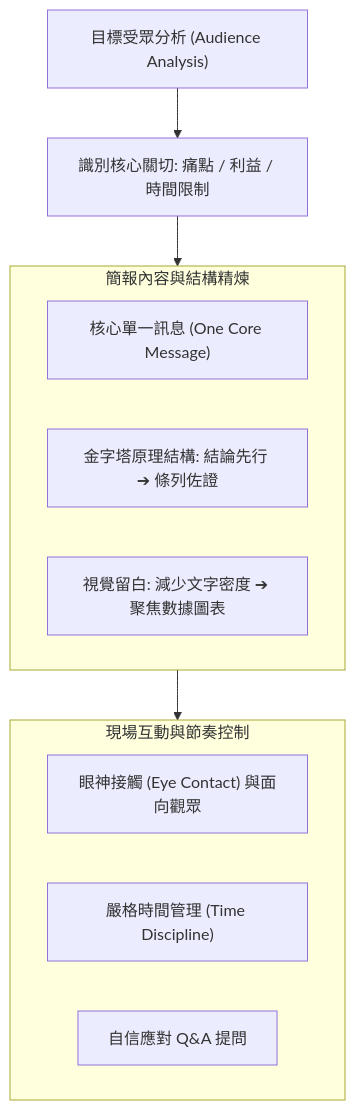
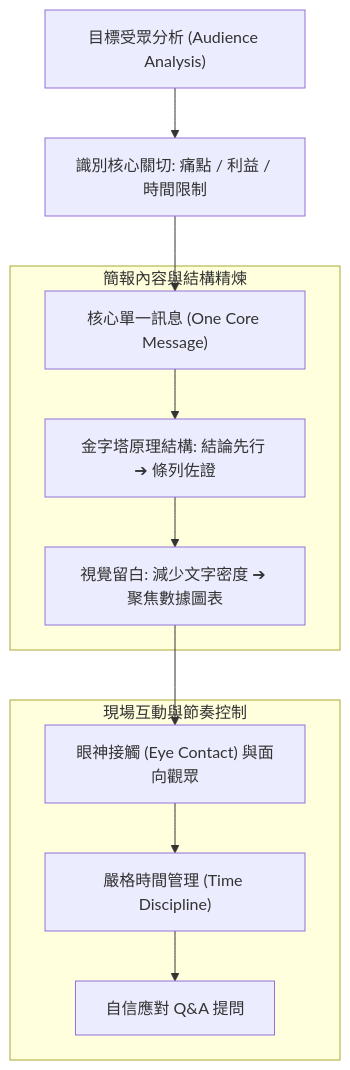
One commit to Youchenjiang/kb-records changed the diagram in 5-Master/2-Second-Year/Fall-Semester/2026-Managerial-Communication/20261001-管理溝通-Week04-受眾分析與簡報結構設計.md. Above: the diagram before and after it, drawn with Mermaid. The commit also changed 15 other files, not shown here.

Commit message:
feat(linter): add mermaid, simplified chinese, and asr guards

````diff
--- a/5-Master/2-Second-Year/Fall-Semester/2026-Managerial-Communication/20261001-管理溝通-Week04-受眾分析與簡報結構設計.md
+++ b/5-Master/2-Second-Year/Fall-Semester/2026-Managerial-Communication/20261001-管理溝通-Week04-受眾分析與簡報結構設計.md
@@ -22,19 +22,22 @@
 ```mermaid
 flowchart TD
     Audience["目標受眾分析 (Audience Analysis)"] --> Needs["識別核心關切: 痛點 / 利益 / 時間限制"]
     
-    subgraph ContentDesign["簡報內容與結構精煉"]
+    Needs --> Core
+    
+    subgraph ContentDesignGroup["簡報內容與結構精煉"]
         Core["核心單一訊息 (One Core Message)"]
         Scaffold["金字塔原理結構: 結論先行 ➔ 條列佐證"]
         Visual["視覺留白: 減少文字密度 ➔ 聚焦數據圖表"]
+        Core --> Scaffold --> Visual
     end
 
-    Needs --> ContentDesign
-    ContentDesign --> Delivery["現場發表執行"]
+    Visual --> Eye
     
-    subgraph Delivery["現場互動與節奏控制"]
+    subgraph DeliveryGroup["現場互動與節奏控制"]
         Eye["眼神接觸 (Eye Contact) 與面向觀眾"]
         Time["嚴格時間管理 (Time Discipline)"]
         QA["自信應對 Q&A 提問"]
+        Eye --> Time --> QA
     end
 ```
````
